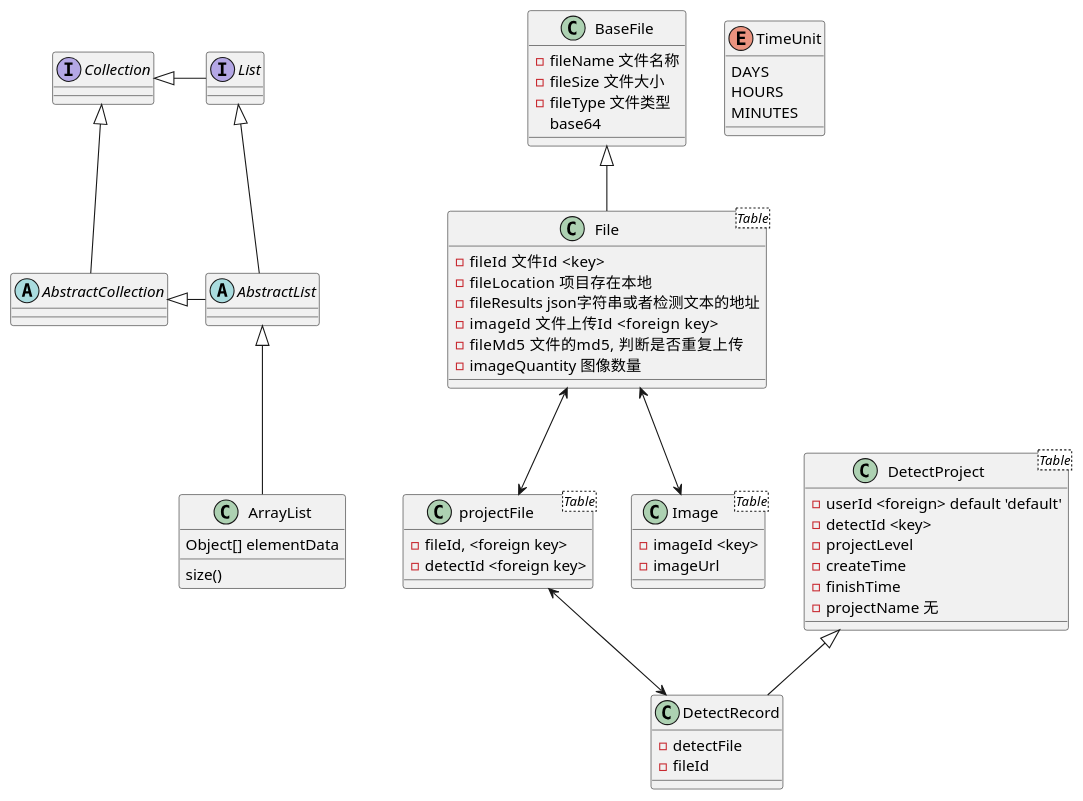
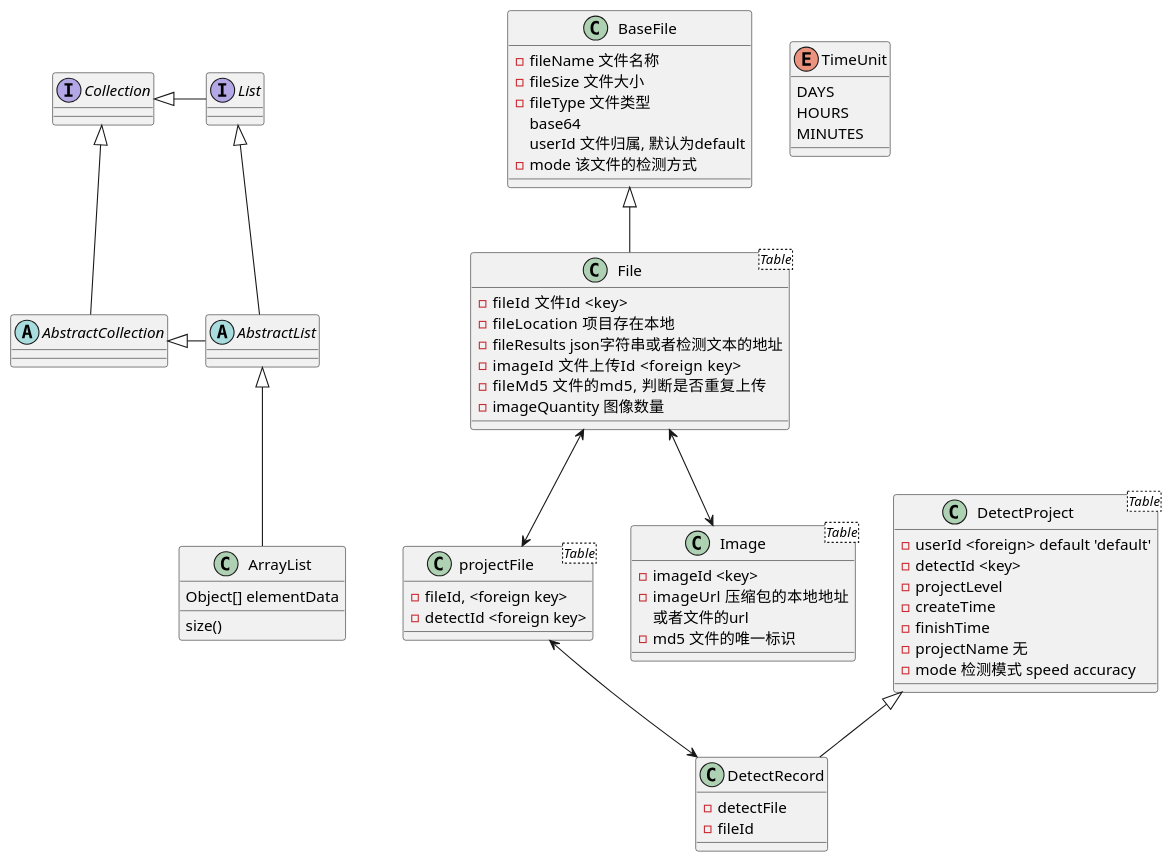
Before and after one commit to 201983290498/DeepFake: the diagram in desgin/src/main/java/com/coder/common/uml/DetectRecord.puml, drawn with PlantUML. The commit also changed 48 other files, not shown here.

```diff
--- a/desgin/src/main/java/com/coder/common/uml/DetectRecord.puml
+++ b/desgin/src/main/java/com/coder/common/uml/DetectRecord.puml
@@ -1,65 +1,70 @@
 @startuml
 'https://plantuml.com/class-diagram
 
 abstract class AbstractList
 abstract AbstractCollection
 interface List
 interface Collection
 
 List <|-- AbstractList
 Collection <|-- AbstractCollection
 
 Collection <|- List
 AbstractCollection <|- AbstractList
 AbstractList <|-- ArrayList
 
 BaseFile <|-- File
 DetectProject <|-- DetectRecord
 projectFile <--> DetectRecord
 File <--> projectFile
 File <--> Image
 class ArrayList {
 Object[] elementData
 size()
 }
 
 enum TimeUnit {
 DAYS
 HOURS
 MINUTES
 }
 class DetectProject<Table> {
 -userId <foreign> default 'default'
 -detectId <key>
 -projectLevel
 -createTime
 -finishTime
 -projectName 无
+-mode 检测模式 speed accuracy
 }
 class DetectRecord{
 -detectFile
 -fileId
 }
 class BaseFile{
 -fileName 文件名称
 -fileSize 文件大小
 -fileType 文件类型
 base64
+userId 文件归属, 默认为default
+-mode 该文件的检测方式
 }
 class File<Table>{
 -fileId  文件Id <key>
 -fileLocation  项目存在本地
 -fileResults json字符串或者检测文本的地址
 -imageId   文件上传Id <foreign key>
 -fileMd5   文件的md5, 判断是否重复上传
 -imageQuantity 图像数量
 }
 class projectFile<Table>{
 -fileId, <foreign key>
 -detectId <foreign key>
 }
 class Image<Table> {
 -imageId <key>
--imageUrl
+-imageUrl  压缩包的本地地址
+或者文件的url
+-md5 文件的唯一标识
 }
 @enduml
```
